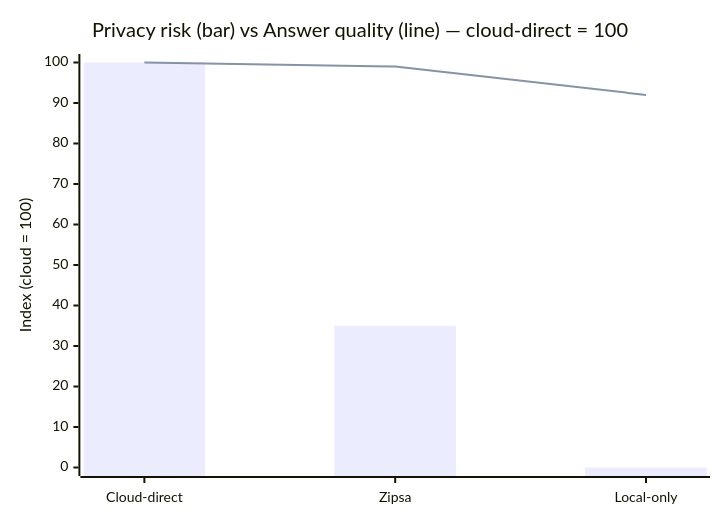
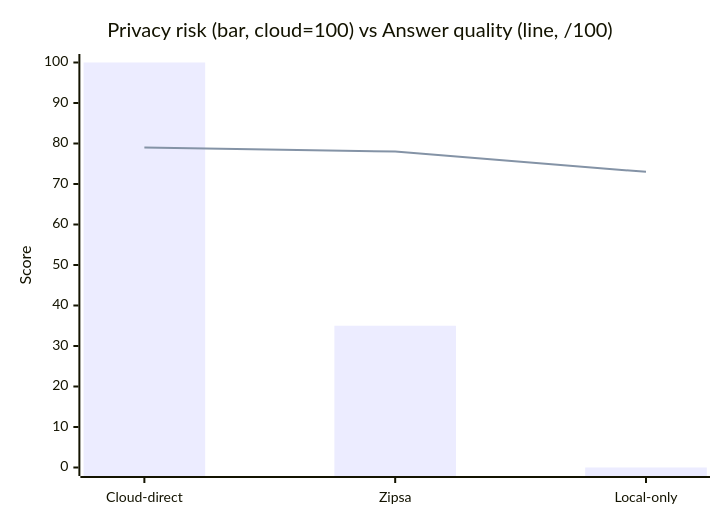
The second of 2 diagrams in README.md (sulgik/zipsa), drawn with Mermaid before and after one commit. The commit also changed other lines of this file, not shown here.

First line of the commit message:
docs: fix quality scale — absolute scores instead of cloud-indexed

````diff
--- a/README.md
+++ b/README.md
@@ -127,8 +127,8 @@
 ```mermaid
 xychart-beta
-    title "Privacy risk (bar) vs Answer quality (line)  —  cloud-direct = 100"
+    title "Privacy risk (bar, cloud=100) vs Answer quality (line, /100)"
     x-axis ["Cloud-direct", "Zipsa", "Local-only"]
-    y-axis "Index  (cloud = 100)" 0 --> 100
+    y-axis "Score" 0 --> 100
     bar [100, 35, 0]
-    line [100, 99, 92]
+    line [79, 78, 73]
 ```
````
